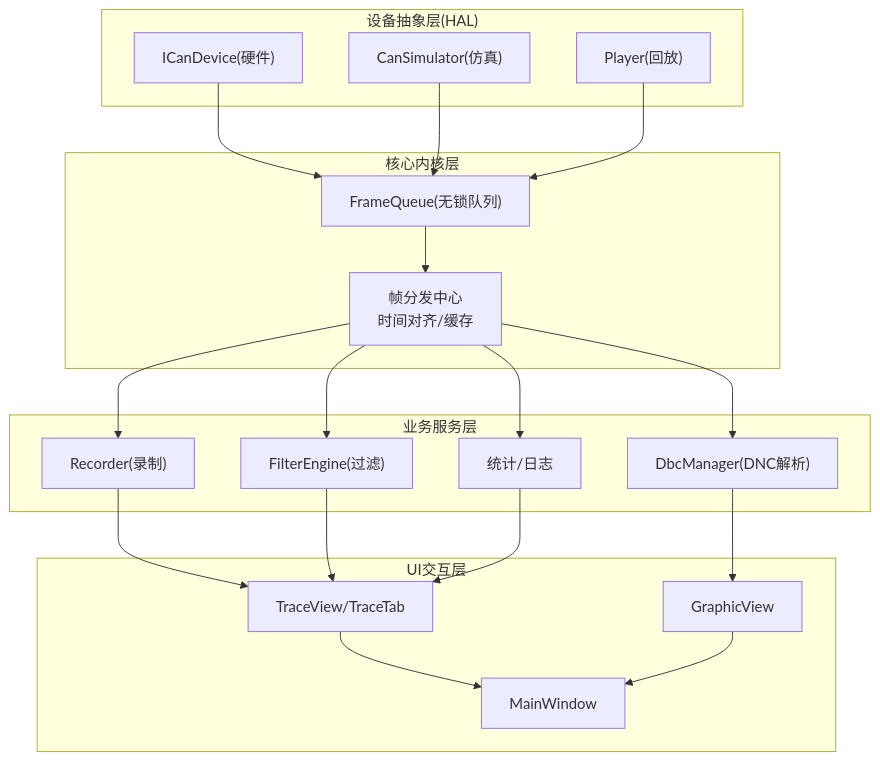
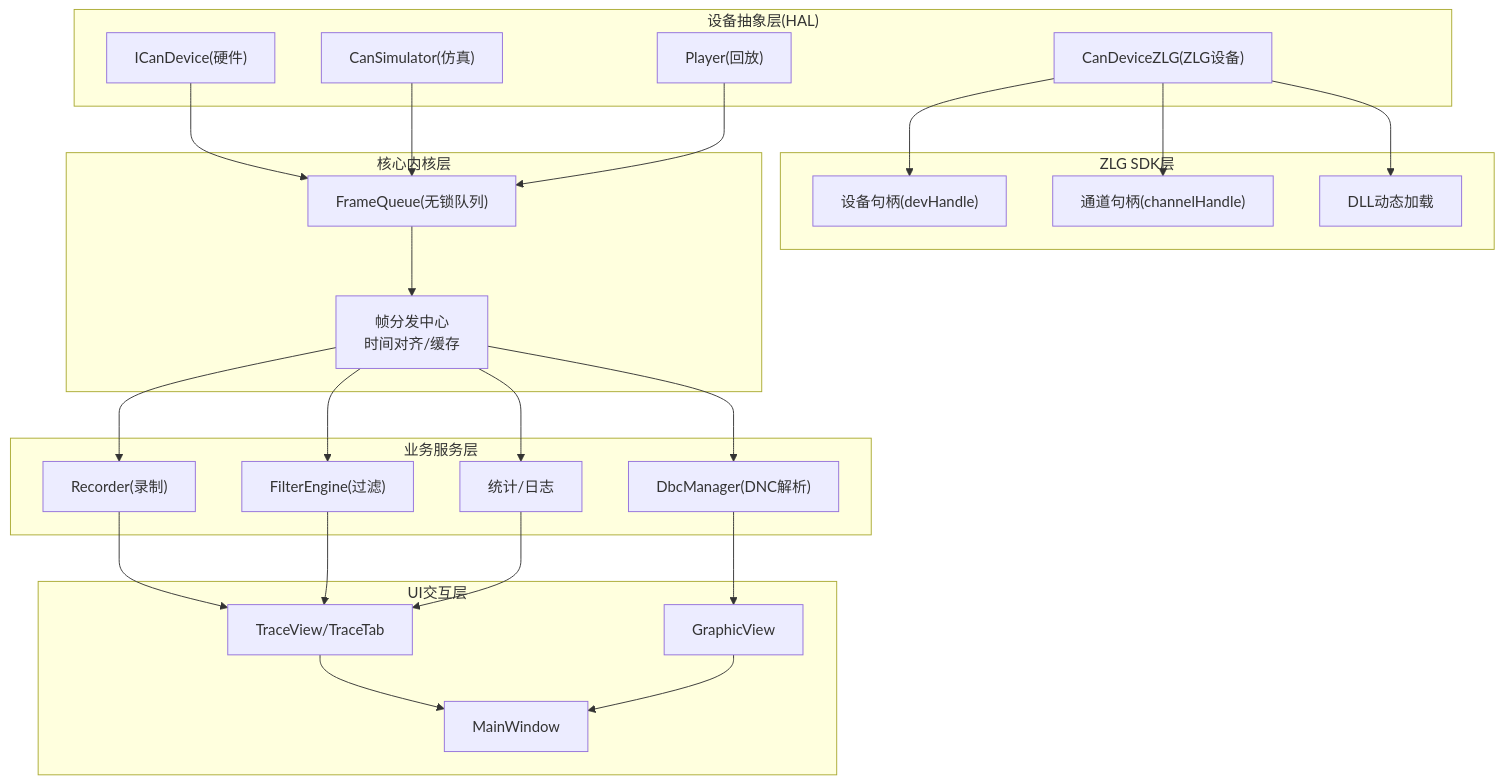
The second of 9 diagrams in .qoder/repowiki/zh/content/核心模块详解/CAN设备管理系统.md (jakecai1225-design/OpenBus), drawn with Mermaid before and after one commit. The commit also changed other lines of this file and 5 other files, not shown here.

````diff
--- a/.qoder/repowiki/zh/content/核心模块详解/CAN设备管理系统.md
+++ b/.qoder/repowiki/zh/content/核心模块详解/CAN设备管理系统.md
@@ -113,37 +134,46 @@
 ```mermaid
 graph TB
 subgraph "设备抽象层(HAL)"
 HAL1["ICanDevice(硬件)"]
-HAL2["CanSimulator(仿真)"]
-HAL3["Player(回放)"]
+HAL2["CanDeviceZLG(ZLG设备)"]
+HAL3["CanSimulator(仿真)"]
+HAL4["Player(回放)"]
+end
+subgraph "ZLG SDK层"
+SDK1["设备句柄(devHandle)"]
+SDK2["通道句柄(channelHandle)"]
+SDK3["DLL动态加载"]
 end
 subgraph "核心内核层"
 Core["帧分发中心<br/>时间对齐/缓存"]
 MQ["FrameQueue(无锁队列)"]
 end
 subgraph "业务服务层"
 S1["Recorder(录制)"]
 S2["FilterEngine(过滤)"]
 S3["DbcManager(DNC解析)"]
 S4["统计/日志"]
 end
 subgraph "UI交互层"
 UI1["TraceView/TraceTab"]
 UI2["GraphicView"]
 UI3["MainWindow"]
 end
 HAL1 --> MQ
-HAL2 --> MQ
+HAL2 --> SDK1
+HAL2 --> SDK2
+HAL2 --> SDK3
 HAL3 --> MQ
+HAL4 --> MQ
 MQ --> Core
 Core --> S1
 Core --> S2
 Core --> S3
 Core --> S4
 S1 --> UI1
 S2 --> UI1
 S3 --> UI2
 S4 --> UI1
 UI1 --> UI3
 UI2 --> UI3
 ```
````
